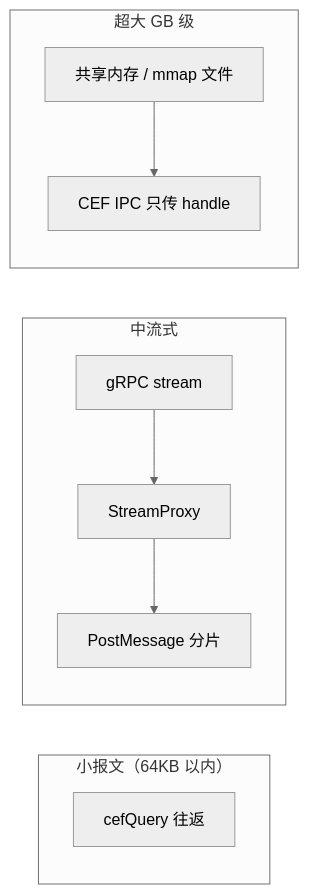
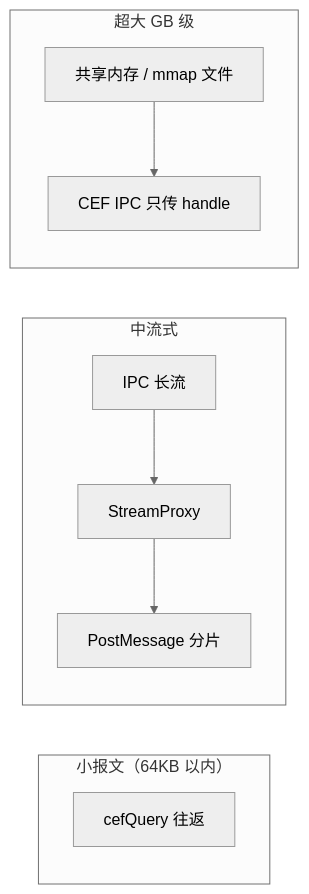
The ninth of 11 diagrams in docs/architecture.md (Blair-Shang/niuma), drawn with Mermaid (neutral theme) before and after one commit. The commit also changed other lines of this file and 186 other files, not shown here.

````diff
--- a/docs/architecture.md
+++ b/docs/architecture.md
@@ -293,16 +293,16 @@
 ```mermaid
 flowchart LR
     subgraph Small["小报文（64KB 以内）"]
         A[cefQuery 往返]
     end
 
     subgraph Medium["中流式"]
-        B[gRPC stream] --> C[StreamProxy] --> D[PostMessage 分片]
+        B[IPC 长流] --> C[StreamProxy] --> D[PostMessage 分片]
     end
 
     subgraph Large["超大 GB 级"]
         E[共享内存 / mmap 文件]
         F[CEF IPC 只传 handle]
         E --> F
     end
 ```
````
